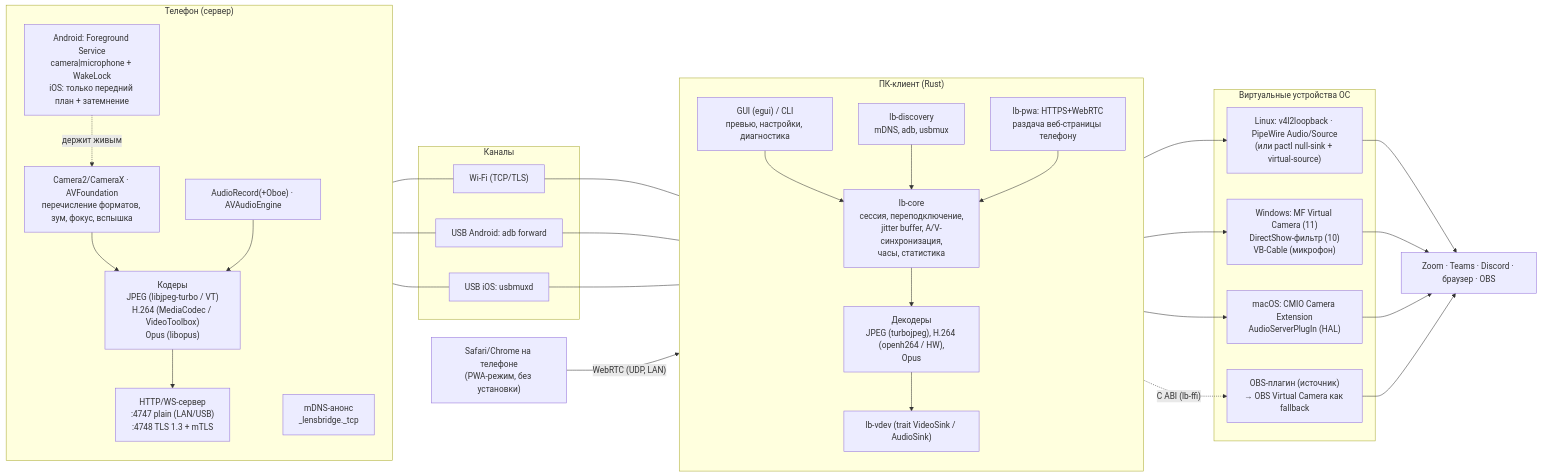
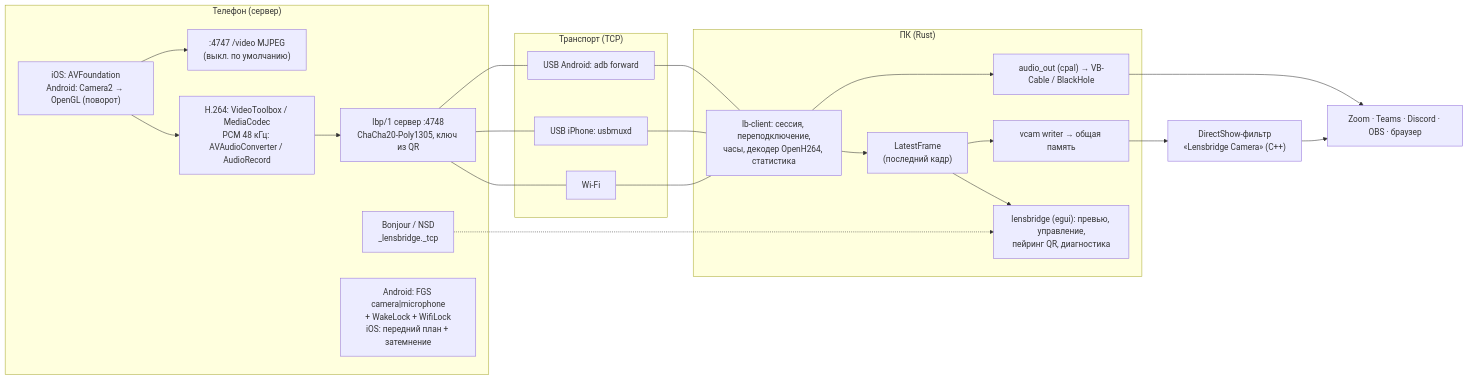
The diagram in docs/ARCHITECTURE.md (rookspooks-blip/phone-as-webcam), drawn with Mermaid before and after one commit. The commit also changed other lines of this file and 8 other files, not shown here.

First line of the commit message:
docs: README RU/EN with quick starts, FAQ and honest verification status; architecture as implemented; manual test checklist; licenses; CI: macOS universal dmg, Linux tarball, tagged releases

````diff
--- a/docs/ARCHITECTURE.md
+++ b/docs/ARCHITECTURE.md
@@ -37,52 +10,34 @@
 ```mermaid
 flowchart LR
   subgraph PHONE["Телефон (сервер)"]
-    direction TB
-    CAM["Camera2/CameraX · AVFoundation<br/>перечисление форматов, зум, фокус, вспышка"]
-    MIC["AudioRecord(+Oboe) · AVAudioEngine"]
-    ENC["Кодеры<br/>JPEG (libjpeg-turbo / VT)<br/>H.264 (MediaCodec / VideoToolbox)<br/>Opus (libopus)"]
-    SRV["HTTP/WS-сервер<br/>:4747 plain (LAN/USB)<br/>:4748 TLS 1.3 + mTLS"]
-    DISC["mDNS-анонс<br/>_lensbridge._tcp"]
-    FGS["Android: Foreground Service<br/>camera|microphone + WakeLock<br/>iOS: только передний план + затемнение"]
-    CAM --> ENC
-    MIC --> ENC
-    ENC --> SRV
-    FGS -.держит живым.-> CAM
+    CAP["iOS: AVFoundation<br/>Android: Camera2 → OpenGL (поворот)"]
+    ENC["H.264: VideoToolbox / MediaCodec<br/>PCM 48 кГц: AVAudioConverter / AudioRecord"]
+    SRV["lbp/1 сервер :4748<br/>ChaCha20-Poly1305, ключ из QR"]
+    HTTP[":4747 /video MJPEG<br/>(выкл. по умолчанию)"]
+    MDNS["Bonjour / NSD<br/>_lensbridge._tcp"]
+    KEEP["Android: FGS camera|microphone<br/>+ WakeLock + WifiLock<br/>iOS: передний план + затемнение"]
+    CAP --> ENC --> SRV
+    CAP --> HTTP
   end
-
-  subgraph LINKS["Каналы"]
-    WIFI["Wi-Fi (TCP/TLS)"]
+  subgraph LINKS["Транспорт (TCP)"]
+    WIFI["Wi-Fi"]
+    MUX["USB iPhone: usbmuxd"]
     ADB["USB Android: adb forward"]
-    MUX["USB iOS: usbmuxd"]
   end
-
-  subgraph PC["ПК-клиент (Rust)"]
-    direction TB
-    GUI["GUI (egui) / CLI<br/>превью, настройки, диагностика"]
-    CORE["lb-core<br/>сессия, переподключение,<br/>jitter buffer, A/V-синхронизация,<br/>часы, статистика"]
-    DEC["Декодеры<br/>JPEG (turbojpeg), H.264 (openh264 / HW),<br/>Opus"]
-    DSC["lb-discovery<br/>mDNS, adb, usbmux"]
-    VDEV["lb-vdev (trait VideoSink / AudioSink)"]
-    PWA["lb-pwa: HTTPS+WebRTC<br/>раздача веб-страницы телефону"]
-    GUI --> CORE
-    DSC --> CORE
-    CORE --> DEC --> VDEV
-    PWA --> CORE
+  subgraph PC["ПК (Rust)"]
+    CLI["lb-client: сессия, переподключение,<br/>часы, декодер OpenH264, статистика"]
+    SLOT["LatestFrame<br/>(последний кадр)"]
+    GUI["lensbridge (egui): превью, управление,<br/>пейринг QR, диагностика"]
+    VCW["vcam writer → общая память"]
+    AUD["audio_out (cpal) → VB-Cable / BlackHole"]
+    CLI --> SLOT --> GUI
+    SLOT --> VCW
+    CLI --> AUD
   end
-
-  subgraph OSDEV["Виртуальные устройства ОС"]
-    LNX["Linux: v4l2loopback · PipeWire Audio/Source<br/>(или pactl null-sink + virtual-source)"]
-    WIN["Windows: MF Virtual Camera (11)<br/>DirectShow-фильтр (10)<br/>VB-Cable (микрофон)"]
-    MAC["macOS: CMIO Camera Extension<br/>AudioServerPlugIn (HAL)"]
-    OBS["OBS-плагин (источник)<br/>→ OBS Virtual Camera как fallback"]
-  end
-
-  SRV --- WIFI & ADB & MUX
-  WIFI & ADB & MUX --- CORE
-  VDEV --> LNX & WIN & MAC
-  CORE -. C ABI (lb-ffi) .-> OBS
-
-  BROWSER["Safari/Chrome на телефоне<br/>(PWA-режим, без установки)"] -- "WebRTC (UDP, LAN)" --> PWA
-  APPS["Zoom · Teams · Discord · браузер · OBS"]
-  LNX & WIN & MAC & OBS --> APPS
+  DSF["DirectShow-фильтр<br/>«Lensbridge Camera» (C++)"]
+  APPS["Zoom · Teams · Discord · OBS · браузер"]
+  SRV --- WIFI & MUX & ADB --- CLI
+  MDNS -.-> GUI
+  VCW --> DSF --> APPS
+  AUD --> APPS
 ```
````
